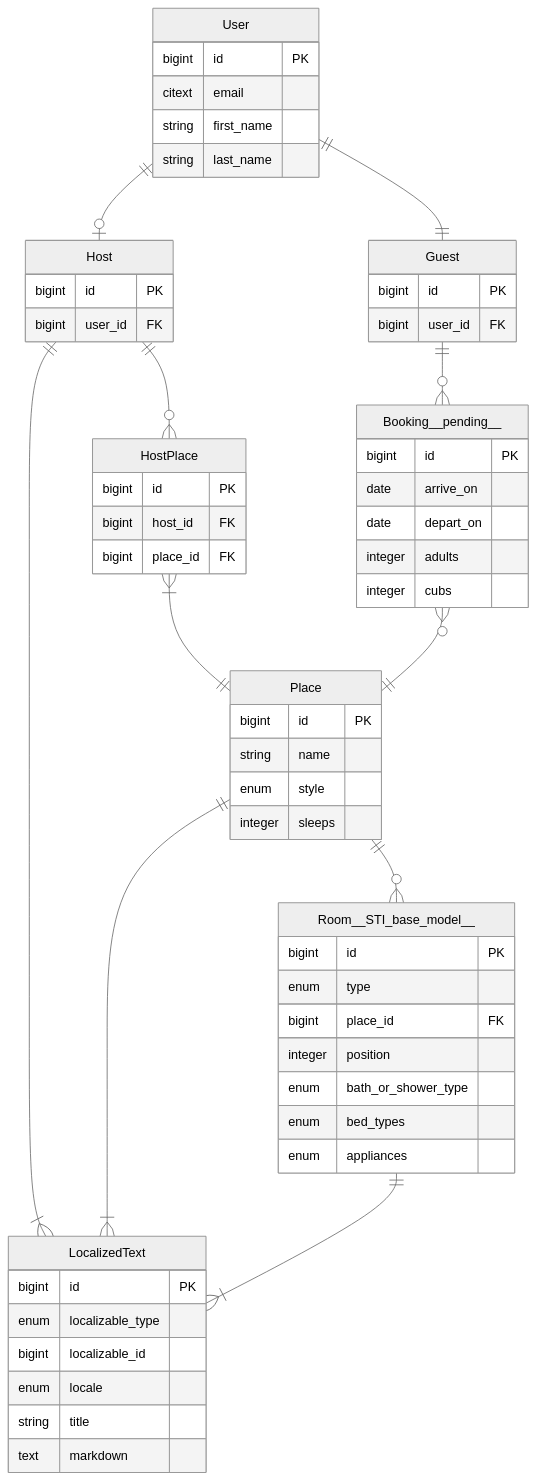
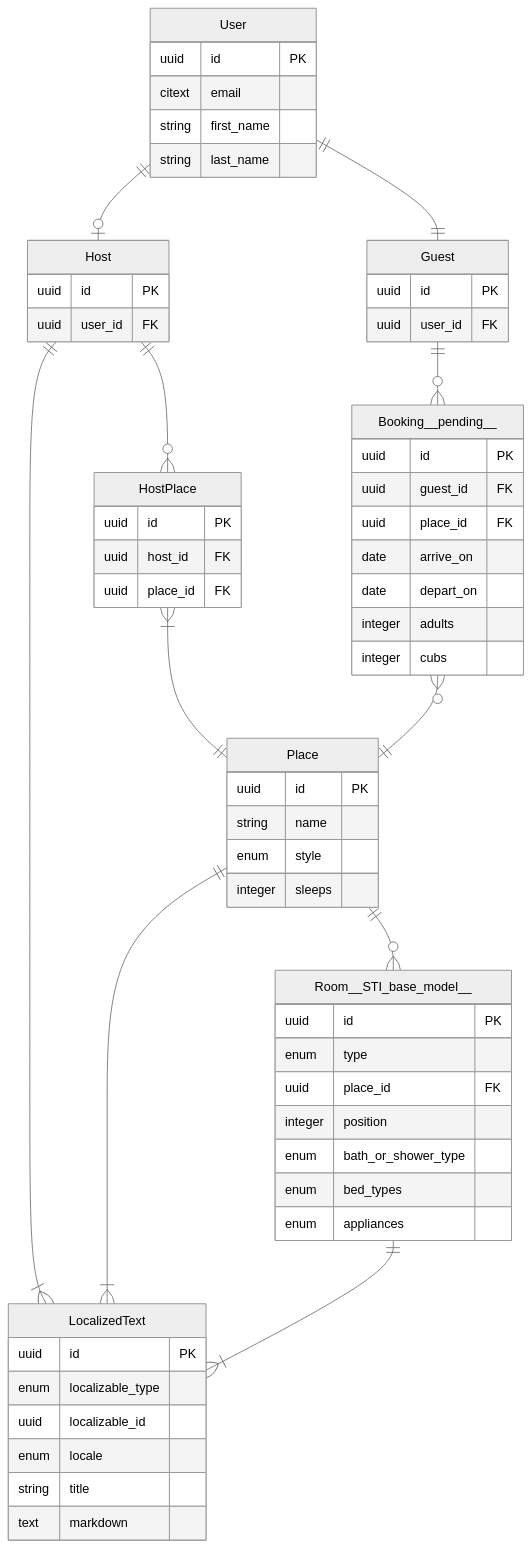
The diagram in docs/tutorials/bearbnb/overview.mdx (rvohealth/psychic-guides), drawn with Mermaid (neutral theme) before and after one commit. The commit also changed other lines of this file and 1 other file, not shown here.

Commit message:
Update BearBnB overview docs

````diff
--- a/docs/tutorials/bearbnb/overview.mdx
+++ b/docs/tutorials/bearbnb/overview.mdx
@@ -21,74 +21,76 @@
 ```mermaid
 
 erDiagram
   User {
-    bigint id PK
+    uuid id PK
     citext email
     string first_name
     string last_name
   }
 
   Guest {
-    bigint id PK
-    bigint user_id FK
+    uuid id PK
+    uuid user_id FK
   }
 
   Host {
-    bigint id PK
-    bigint user_id FK
+    uuid id PK
+    uuid user_id FK
   }
 
   Place {
-    bigint id PK
+    uuid id PK
     string name
     enum style
     integer sleeps
   }
 
   HostPlace {
-    bigint id PK
-    bigint host_id FK
-    bigint place_id FK
+    uuid id PK
+    uuid host_id FK
+    uuid place_id FK
   }
 
 
   Room__STI_base_model__ {
-    bigint id PK
+    uuid id PK
     enum type
-    bigint place_id FK
+    uuid place_id FK
     integer position
 
     enum bath_or_shower_type
     enum bed_types
     enum appliances
   }
 
   LocalizedText {
-    bigint id PK
+    uuid id PK
     enum localizable_type
-    bigint localizable_id
+    uuid localizable_id
     enum locale
     string title
     text markdown
   }
 
   Booking__pending__ {
-    bigint id PK
+    uuid id PK
+    uuid guest_id FK
+    uuid place_id FK
     date arrive_on
     date depart_on
     integer adults
     integer cubs
   }
 
 
   User ||--|| Guest : ""
   User ||--o| Host : ""
   Guest ||--o{ Booking__pending__ : ""
   Host ||--o{ HostPlace : ""
   HostPlace }|--|| Place : ""
   Place ||--o{ Room__STI_base_model__ : ""
   Host ||--|{ LocalizedText : ""
   Place ||--|{ LocalizedText : ""
   Room__STI_base_model__ ||--|{ LocalizedText : ""
   Booking__pending__ }o--|| Place : ""
 ```
````
